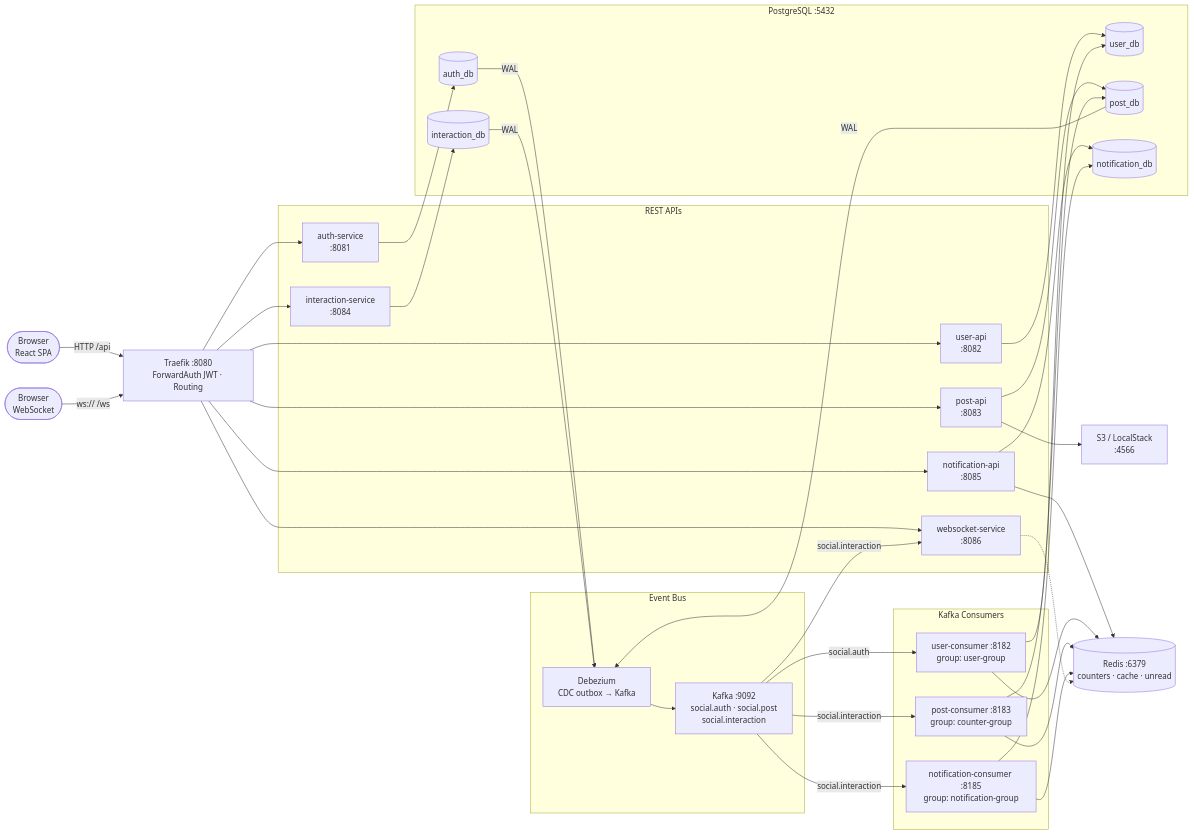
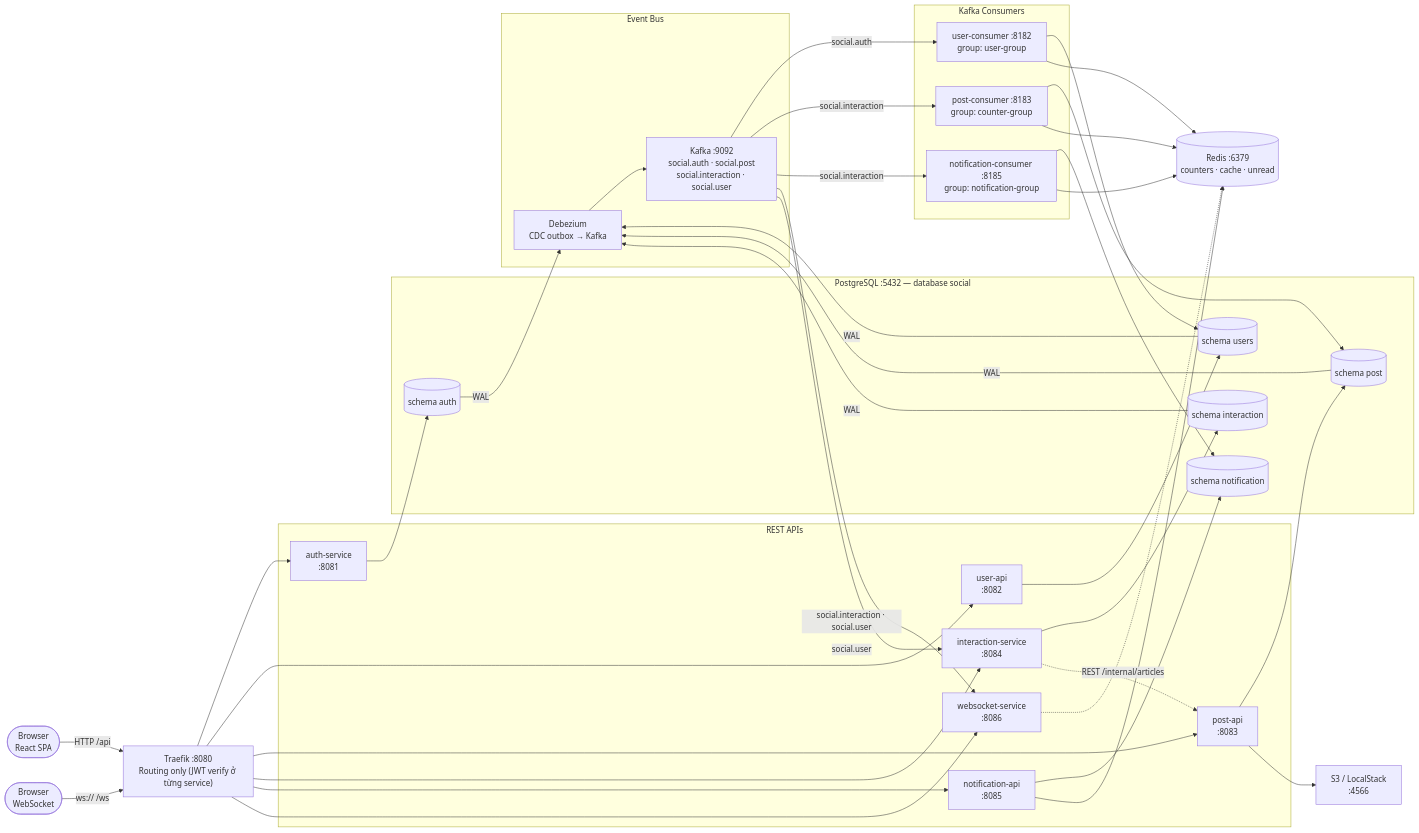
The first of 6 diagrams in specs/be-overview.md (nguyen-tri-nhan/mini-social-network), drawn with Mermaid before and after one commit. The commit also changed other lines of this file and 40 other files, not shown here.

````diff
--- a/specs/be-overview.md
+++ b/specs/be-overview.md
@@ -8,62 +8,65 @@
 ```mermaid
 graph LR
     FE(["Browser\nReact SPA"])
     WSC(["Browser\nWebSocket"])
 
-    GW["Traefik :8080\nForwardAuth JWT · Routing"]
+    GW["Traefik :8080\nRouting only (JWT verify ở từng service)"]
 
     subgraph APIS["REST APIs"]
         Auth["auth-service\n:8081"]
         UserApi["user-api\n:8082"]
         PostApi["post-api\n:8083"]
         Inter["interaction-service\n:8084"]
         NotiApi["notification-api\n:8085"]
         WsSvc["websocket-service\n:8086"]
     end
 
-    subgraph DBS["PostgreSQL :5432"]
-        AuthDB[("auth_db")]
-        UserDB[("user_db")]
-        PostDB[("post_db")]
-        InterDB[("interaction_db")]
-        NotiDB[("notification_db")]
+    subgraph DBS["PostgreSQL :5432 — database social"]
+        AuthDB[("schema auth")]
+        UserDB[("schema users")]
+        PostDB[("schema post")]
+        InterDB[("schema interaction")]
+        NotiDB[("schema notification")]
     end
 
     S3["S3 / LocalStack\n:4566"]
     Redis[("Redis :6379\ncounters · cache · unread")]
 
     subgraph MSG["Event Bus"]
         Debezium["Debezium\nCDC outbox → Kafka"]
-        Kafka["Kafka :9092\nsocial.auth · social.post\nsocial.interaction"]
+        Kafka["Kafka :9092\nsocial.auth · social.post\nsocial.interaction · social.user"]
     end
 
     subgraph CONS["Kafka Consumers"]
         UserCon["user-consumer :8182\ngroup: user-group"]
         PostCon["post-consumer :8183\ngroup: counter-group"]
         NotiCon["notification-consumer :8185\ngroup: notification-group"]
     end
 
     FE  -->|"HTTP /api"| GW
     WSC -->|"ws:// /ws"| GW
     GW  --> Auth & UserApi & PostApi & Inter & NotiApi & WsSvc
 
     Auth    --> AuthDB
     UserApi --> UserDB
     PostApi --> PostDB & S3
     Inter   --> InterDB
     NotiApi --> NotiDB & Redis
 
     AuthDB  -->|"WAL"| Debezium
     PostDB  -->|"WAL"| Debezium
     InterDB -->|"WAL"| Debezium
+    UserDB  -->|"WAL"| Debezium
     Debezium --> Kafka
 
     Kafka -->|"social.auth"| UserCon
     Kafka -->|"social.interaction"| PostCon & NotiCon
-    Kafka -->|"social.interaction"| WsSvc
+    Kafka -->|"social.interaction · social.user"| WsSvc
+    Kafka -->|"social.user"| Inter
 
     UserCon --> UserDB & Redis
     PostCon --> PostDB & Redis
     NotiCon --> NotiDB & Redis
     WsSvc   -.-> Redis
+    Inter   -.->|"REST /internal/articles"| PostApi
 ```
````
